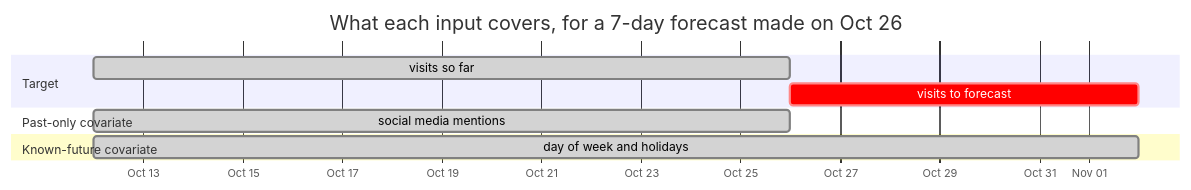
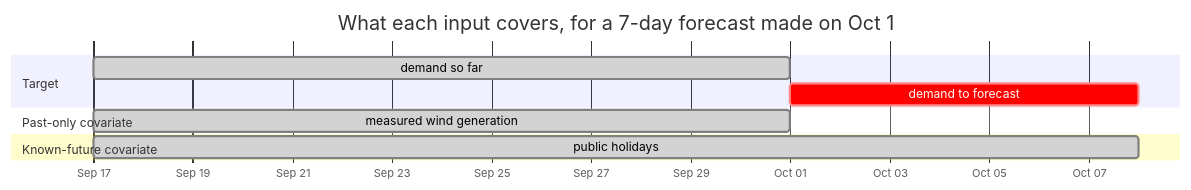
The fifth of 11 diagrams in docs/01-concepts.md (mourjo/zero-shot-forecasting), drawn with Mermaid before and after one commit. The commit also changed other lines of this file and 3 other files, not shown here.

````diff
--- a/docs/01-concepts.md
+++ b/docs/01-concepts.md
@@ -294,13 +305,13 @@
 ```mermaid
 gantt
-    title What each input covers, for a 7-day forecast made on Oct 26
+    title What each input covers, for a 7-day forecast made on Oct 1
     dateFormat YYYY-MM-DD
     axisFormat %b %d
     section Target
-    visits so far               :done, 2026-10-12, 2026-10-26
-    visits to forecast          :crit, 2026-10-26, 7d
+    demand so far              :done, 2020-09-17, 2020-10-01
+    demand to forecast         :crit, 2020-10-01, 7d
     section Past-only covariate
-    social media mentions       :done, 2026-10-12, 2026-10-26
+    measured wind generation   :done, 2020-09-17, 2020-10-01
     section Known-future covariate
-    day of week and holidays    :done, 2026-10-12, 2026-11-02
+    public holidays            :done, 2020-09-17, 2020-10-08
 ```
````
